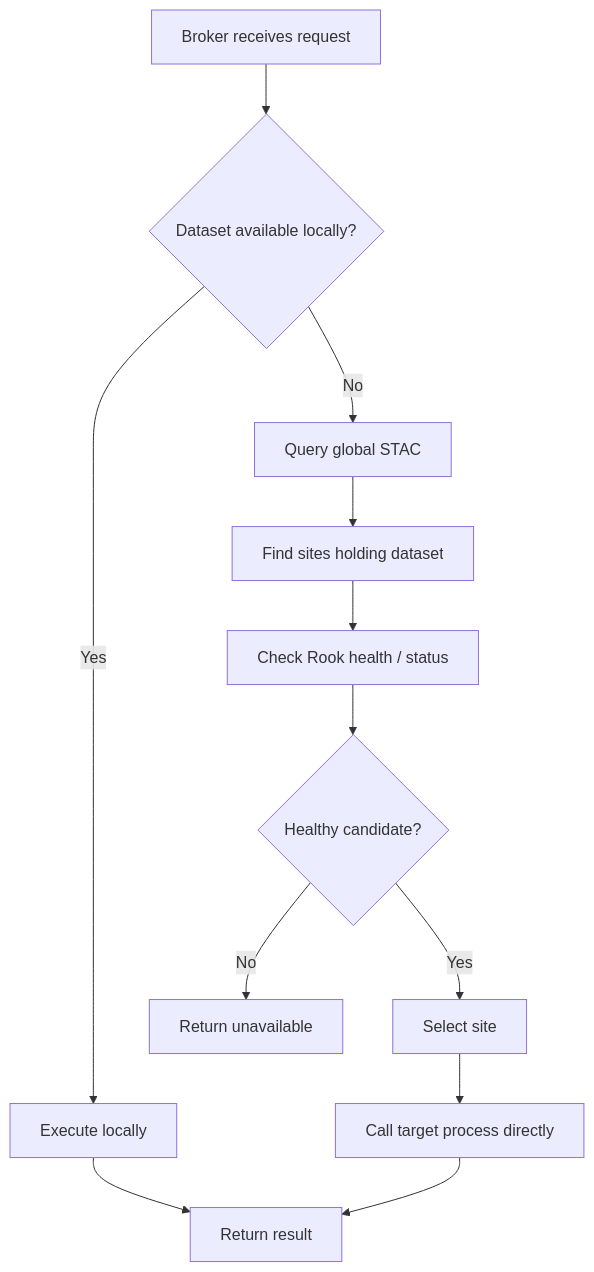
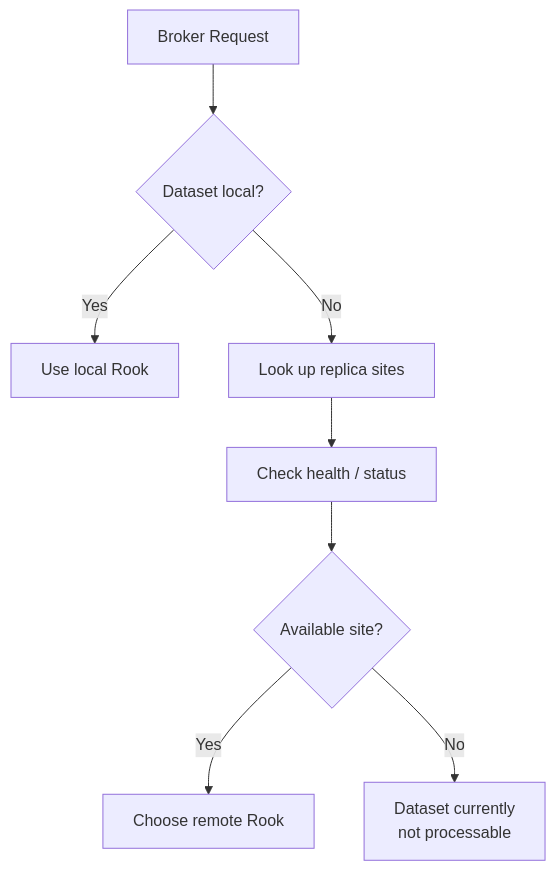
Before and after one commit to roocs/rook: the fifth of 8 diagrams in ARCH_ESGF2.md, drawn with Mermaid. The commit also changed other lines of this file, not shown here.

````diff
--- a/ARCH_ESGF2.md
+++ b/ARCH_ESGF2.md
@@ -99,21 +142,24 @@
 ```mermaid
 flowchart TD
-    A[Broker receives request]
-    B{Dataset available locally?}
+    Request[Broker Request]
 
-    A --> B
+    Local{Dataset local?}
 
-    B -- Yes --> C[Execute locally]
-    C --> Z[Return result]
+    LocalRun[Use local Rook]
+    Sites[Look up replica sites]
+    Health[Check health / status]
+    Candidate{Available site?}
 
-    B -- No --> D[Query global STAC]
-    D --> E[Find sites holding dataset]
-    E --> F[Check Rook health / status]
-    F --> G{Healthy candidate?}
+    Remote[Choose remote Rook]
+    Fail[Dataset currently<br/>not processable]
 
-    G -- Yes --> H[Select site]
-    H --> I[Call target process directly]
-    I --> Z
+    Request --> Local
 
-    G -- No --> X[Return unavailable]
+    Local -- Yes --> LocalRun
+    Local -- No --> Sites
+    Sites --> Health
+    Health --> Candidate
+
+    Candidate -- Yes --> Remote
+    Candidate -- No --> Fail
 ```
````
